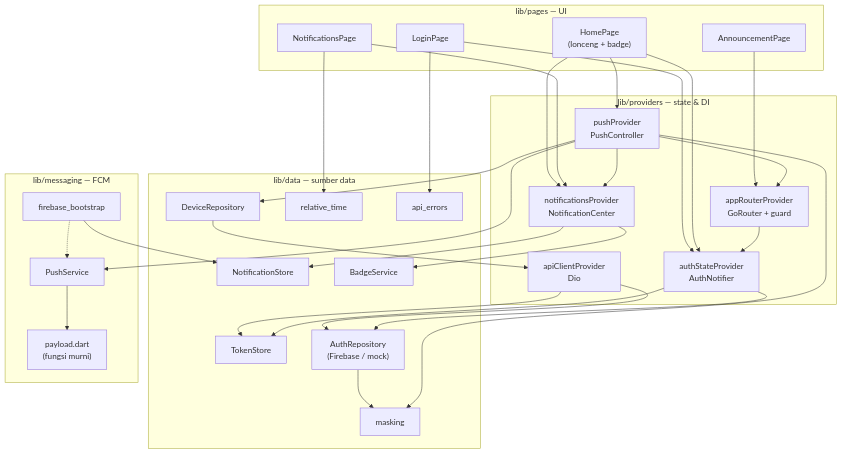
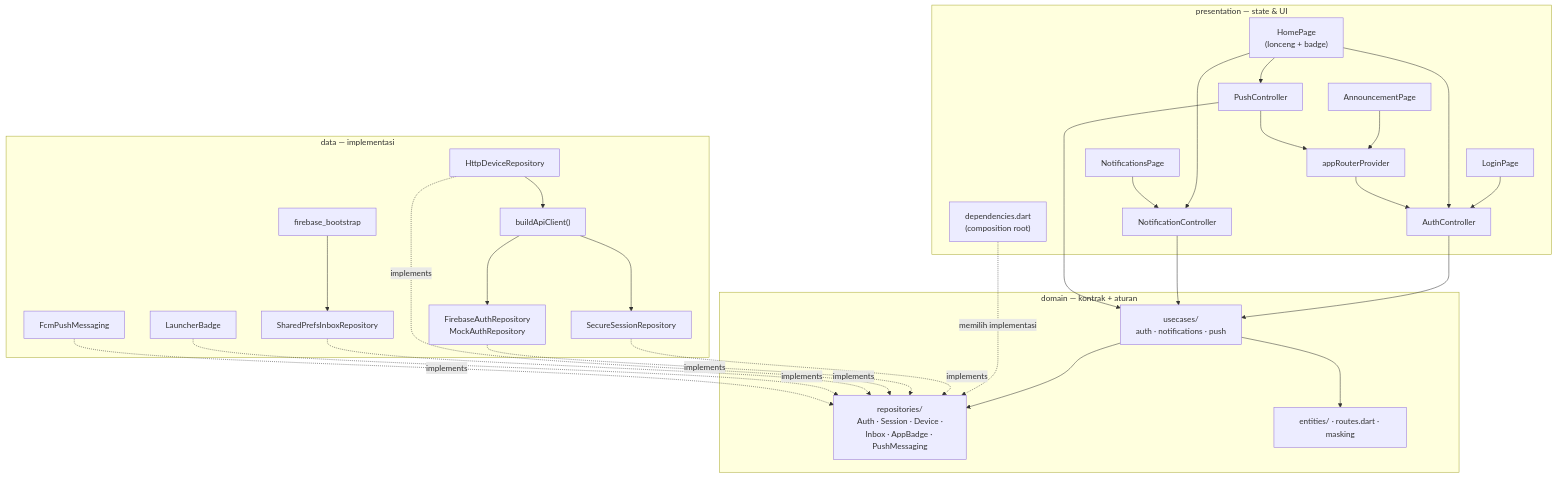
The first of 9 diagrams in Week10/campusnotif/docs/arsitektur.md (HooroBoy/244107020132-mobile-course), drawn with Mermaid before and after one commit. The commit also changed other lines of this file and 84 other files, not shown here.

````diff
--- a/Week10/campusnotif/docs/arsitektur.md
+++ b/Week10/campusnotif/docs/arsitektur.md
@@ -25,60 +25,56 @@
 ```mermaid
 flowchart TB
-  subgraph UI["lib/pages — UI"]
+  subgraph PRES["presentation — state & UI"]
     LP["LoginPage"]
     HP["HomePage<br/>(lonceng + badge)"]
     NP["NotificationsPage"]
     AP["AnnouncementPage"]
+    AUTH["AuthController"]
+    PUSH["PushController"]
+    INBOX["NotificationController"]
+    RTR["appRouterProvider"]
+    DI["dependencies.dart<br/>(composition root)"]
   end
 
-  subgraph STATE["lib/providers — state & DI"]
-    RTR["appRouterProvider<br/>GoRouter + guard"]
-    AUTH["authStateProvider<br/>AuthNotifier"]
-    PUSH["pushProvider<br/>PushController"]
-    INBOX["notificationsProvider<br/>NotificationCenter"]
-    APIC["apiClientProvider<br/>Dio"]
+  subgraph DOM["domain — kontrak + aturan"]
+    UC["usecases/<br/>auth · notifications · push"]
+    IF["repositories/<br/>Auth · Session · Device ·<br/>Inbox · AppBadge · PushMessaging"]
+    ENT["entities/ · routes.dart · masking"]
   end
 
-  subgraph DATA["lib/data — sumber data"]
-    TS["TokenStore"]
-    AUR["AuthRepository<br/>(Firebase / mock)"]
-    DVR["DeviceRepository"]
-    NS["NotificationStore"]
-    BS["BadgeService"]
-    RT["relative_time"]
-    ERR["api_errors"]
-    MSK["masking"]
-  end
-
-  subgraph MSG["lib/messaging — FCM"]
-    PS["PushService"]
+  subgraph DATA["data — implementasi"]
+    SESS["SecureSessionRepository"]
+    AUR["FirebaseAuthRepository<br/>MockAuthRepository"]
+    DVR["HttpDeviceRepository"]
+    NS["SharedPrefsInboxRepository"]
+    BS["LauncherBadge"]
+    FCM["FcmPushMessaging"]
+    APIC["buildApiClient()"]
     FB["firebase_bootstrap"]
-    PL["payload.dart<br/>(fungsi murni)"]
   end
 
   LP --> AUTH
   HP --> AUTH
   HP --> PUSH
   HP --> INBOX
   NP --> INBOX
   AP --> RTR
   RTR --> AUTH
+  AUTH --> UC
+  INBOX --> UC
+  PUSH --> UC
   PUSH --> RTR
-  PUSH --> DVR
-  PUSH --> PS
-  PUSH --> INBOX
-  INBOX --> NS
-  INBOX --> BS
-  APIC --> TS
+  UC --> IF
+  UC --> ENT
+  DI -.->|"memilih implementasi"| IF
+  SESS -.->|"implements"| IF
+  AUR -.->|"implements"| IF
+  DVR -.->|"implements"| IF
+  NS -.->|"implements"| IF
+  BS -.->|"implements"| IF
+  FCM -.->|"implements"| IF
+  DVR --> APIC
+  APIC --> SESS
   APIC --> AUR
-  DVR --> APIC
-  AUTH --> TS
-  AUTH --> AUR
-  PS --> PL
   FB --> NS
-  NP --> RT
-  AUR --> MSK
-  PUSH --> MSK
-  LP --> ERR
-  FB -.-> PS
 ```
````
